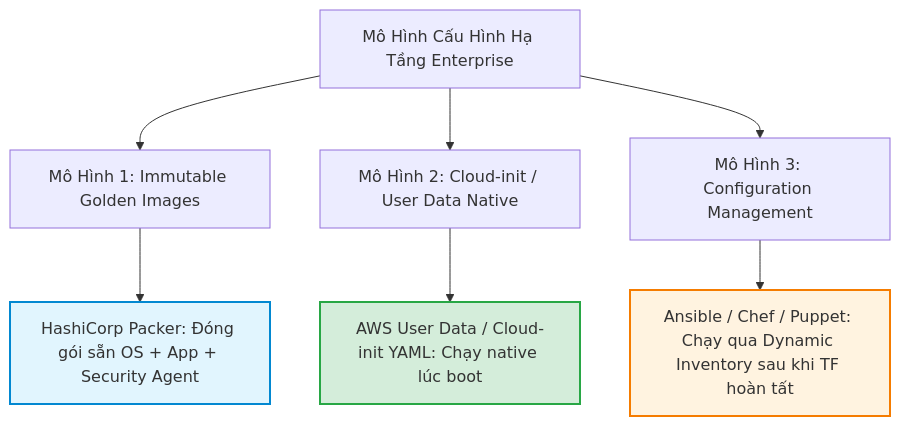
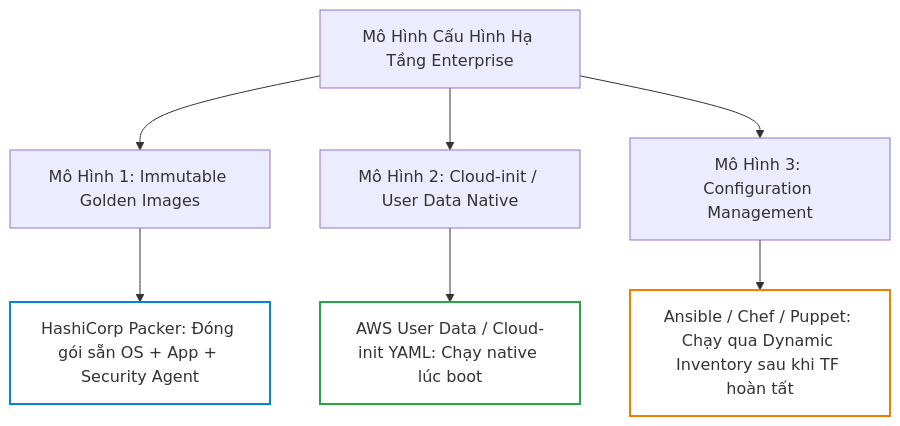
Before and after one commit to kiennt308/ntk: the fourth of 6 diagrams in _posts/2026-09-13-terraform-17-17-provisioners-terraform-data-va-chuyen-doi-state-khong-pha-huy-ha-tang.md, drawn with Mermaid. The commit also changed other lines of this file and 207 other files, not shown here.

Commit message:
feat(posts): batch standardize all 208 posts with TL;DR, qa-card accordion, fill:none mermaid, and liquid raw wrappers

````diff
--- a/_posts/2026-09-13-terraform-17-17-provisioners-terraform-data-va-chuyen-doi-state-khong-pha-huy-ha-tang.md
+++ b/_posts/2026-09-13-terraform-17-17-provisioners-terraform-data-va-chuyen-doi-state-khong-pha-huy-ha-tang.md
@@ -224,16 +228,16 @@
 ```mermaid
 graph TD
     A["Mô Hình Cấu Hình Hạ Tầng Enterprise"] --> B["Mô Hình 1: Immutable Golden Images"]
     A --> C["Mô Hình 2: Cloud-init / User Data Native"]
     A --> D["Mô Hình 3: Configuration Management"]
 
     B --> B1["HashiCorp Packer: Đóng gói sẵn OS + App + Security Agent"]
     C --> C1["AWS User Data / Cloud-init YAML: Chạy native lúc boot"]
     D --> D1["Ansible / Chef / Puppet: Chạy qua Dynamic Inventory sau khi TF hoàn tất"]
 
-    style B1 fill:#e1f5fe,stroke:#0288d1,stroke-width:2px
-    style C1 fill:#d4edda,stroke:#28a745,stroke-width:2px
-    style D1 fill:#fff3e0,stroke:#f57c00,stroke-width:2px
+    style B1 fill:none,stroke:#0288d1,stroke-width:2px
+    style C1 fill:none,stroke:#28a745,stroke-width:2px
+    style D1 fill:none,stroke:#f57c00,stroke-width:2px
 
 
 ```
````
